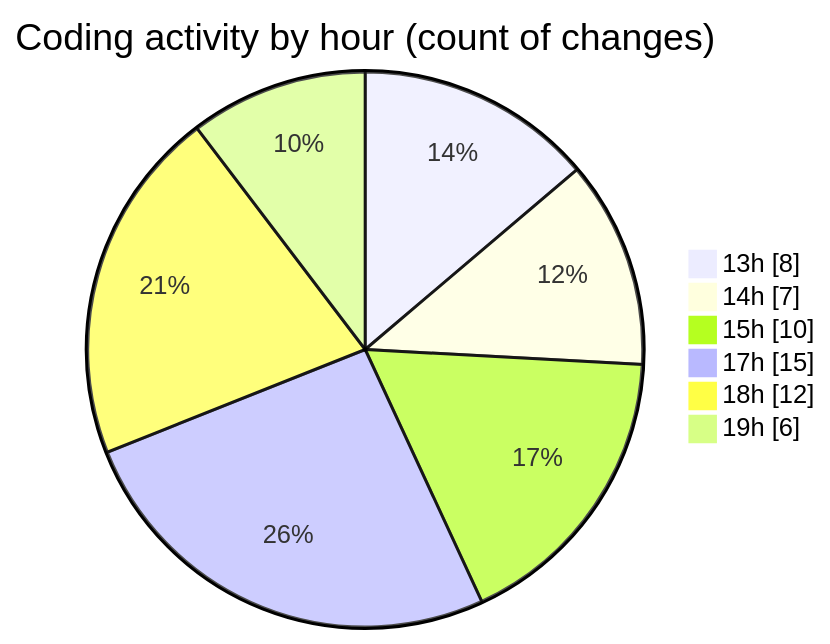
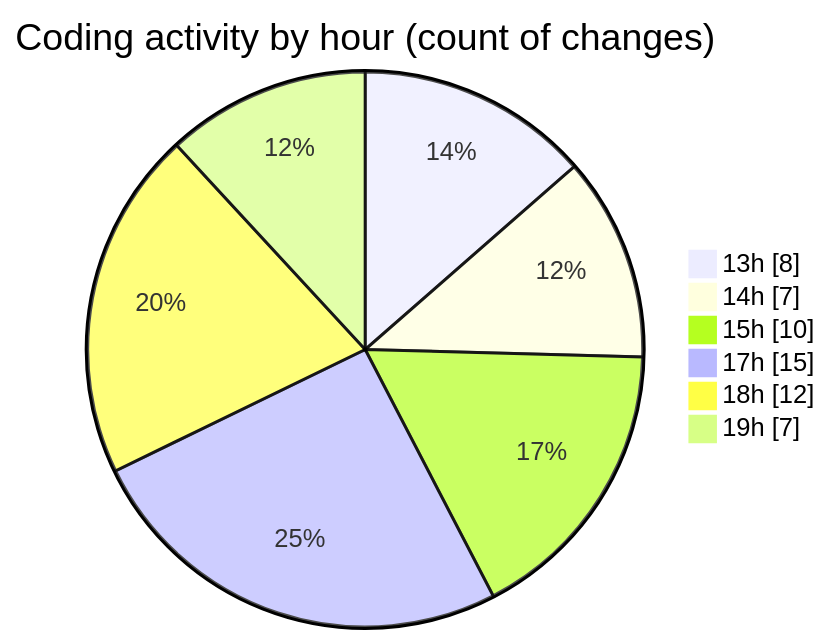
Before and after one commit to BS-eng2023/code-tracking: the second of 2 diagrams in 2025-04-03/jsvms/README.md, drawn with Mermaid. The commit also changed other lines of this file and 1 other file, not shown here.

````diff
--- a/2025-04-03/jsvms/README.md
+++ b/2025-04-03/jsvms/README.md
@@ -40,10 +40,10 @@
 ```mermaid
 pie showData
 title Coding activity by hour (count of changes)
 "13h" : 8
 "14h" : 7
 "15h" : 10
 "17h" : 15
 "18h" : 12
-"19h" : 6
+"19h" : 7
 ```
````
